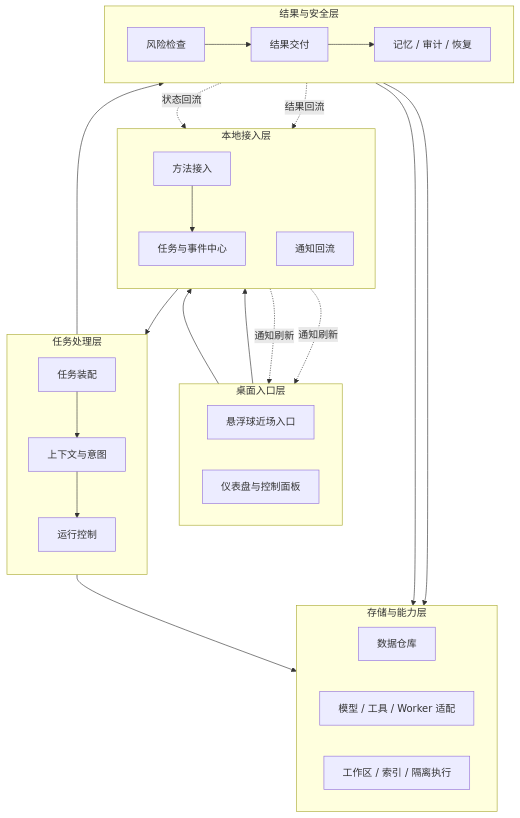
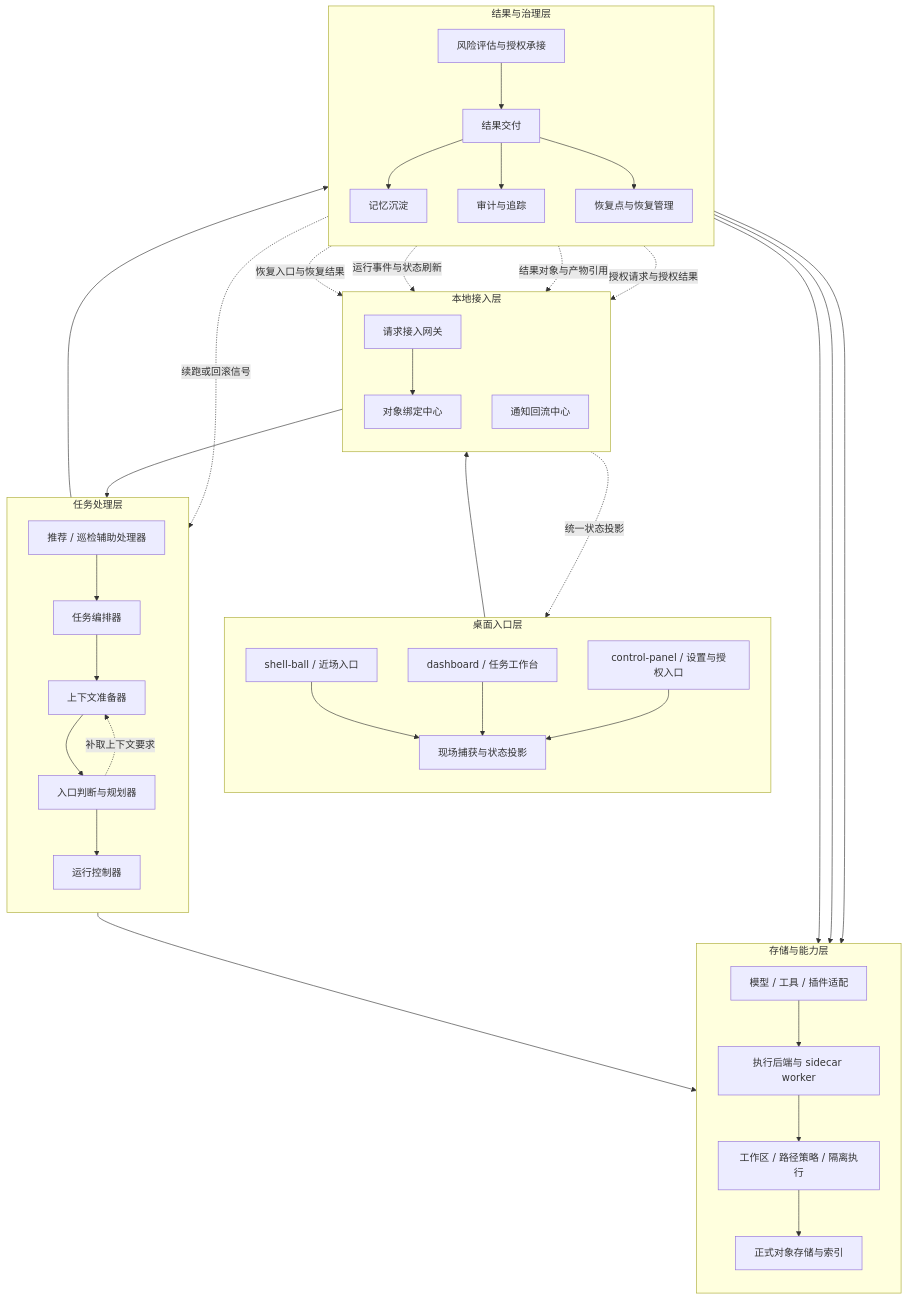
The first of 20 diagrams in docs/architecture-overview.md (Blackcloudss/CialloClaw), drawn with Mermaid before and after one commit. The commit also changed other lines of this file, not shown here.

Commit message:
Update architecture design document

````diff
--- a/docs/architecture-overview.md
+++ b/docs/architecture-overview.md
@@ -22,51 +115,71 @@
 ```mermaid
 flowchart TB
     subgraph L1[桌面入口层]
-        direction LR
-        E1[悬浮球近场入口]
-        E2[仪表盘与控制面板]
+        direction TB
+        E1[shell-ball / 近场入口]
+        E2[dashboard / 任务工作台]
+        E3[control-panel / 设置与授权入口]
+        E4[现场捕获与状态投影]
     end
 
     subgraph L2[本地接入层]
         direction TB
-        A1[方法接入]
-        A2[任务与事件中心]
-        A3[通知回流]
-        A1 --> A2
+        A1[请求接入网关]
+        A2[对象绑定中心]
+        A3[通知回流中心]
     end
 
     subgraph L3[任务处理层]
         direction TB
-        T1[任务装配]
-        T2[上下文与意图]
-        T3[运行控制]
-        T1 --> T2 --> T3
+        T1[任务编排器]
+        T2[上下文准备器]
+        T3[入口判断与规划器]
+        T4[运行控制器]
+        T5[推荐 / 巡检辅助处理器]
     end
 
-    subgraph L4[结果与安全层]
-        direction LR
-        S1[风险检查]
-        S2[结果交付]
-        S3[记忆 / 审计 / 恢复]
-        S1 --> S2 --> S3
+    subgraph L4[结果与治理层]
+        direction TB
+        G1[风险评估与授权承接]
+        G2[结果交付]
+        G3[记忆沉淀]
+        G4[审计与追踪]
+        G5[恢复点与恢复管理]
     end
 
     subgraph L5[存储与能力层]
-        direction LR
-        D1[数据仓库]
-        D2[模型 / 工具 / Worker 适配]
-        D3[工作区 / 索引 / 隔离执行]
+        direction TB
+        C1[正式对象存储与索引]
+        C2[模型 / 工具 / 插件适配]
+        C3[执行后端与 sidecar worker]
+        C4[工作区 / 路径策略 / 隔离执行]
     end
 
-    E1 --> A1
-    E2 --> A1
+    E1 --> E4
+    E2 --> E4
+    E3 --> E4
+    E4 --> A1
+    A1 --> A2
     A2 --> T1
-    T3 --> S1
-    T3 --> D2
-    S2 --> D1
-    S3 --> D3
-    S2 -. 结果回流 .-> A3
-    S3 -. 状态回流 .-> A3
-    A3 -. 通知刷新 .-> E1
-    A3 -. 通知刷新 .-> E2
+    T5 --> T1
+    T1 --> T2 --> T3 --> T4
+    T4 --> G1
+    T4 --> C2
+    G1 --> G2
+    G2 --> G3
+    G2 --> G4
+    G2 --> G5
+    C2 --> C3 --> C4
+    G3 --> C1
+    G4 --> C1
+    G5 --> C1
+    C4 --> C1
+
+    T3 -. 补取上下文要求 .-> T2
+    G1 -. 授权请求与授权结果 .-> A3
+    G2 -. 结果对象与产物引用 .-> A3
+    G4 -. 运行事件与状态刷新 .-> A3
+    G5 -. 恢复入口与恢复结果 .-> A3
+    A3 -. 统一状态投影 .-> E4
+    G5 -. 续跑或回滚信号 .-> T4
 ```
````
